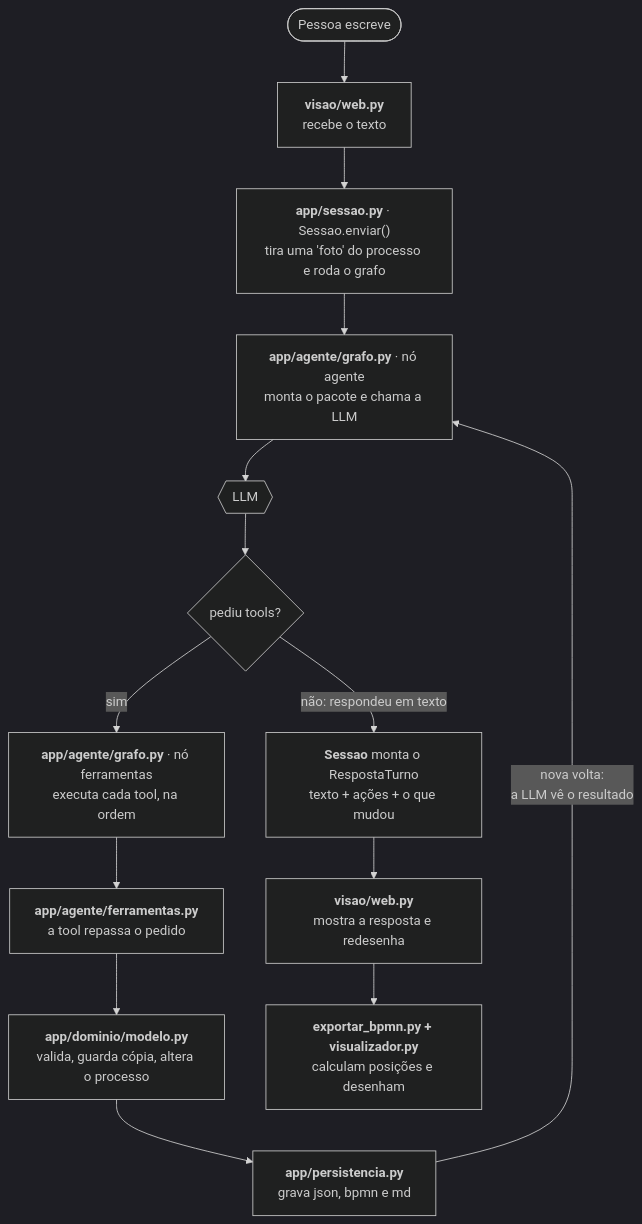
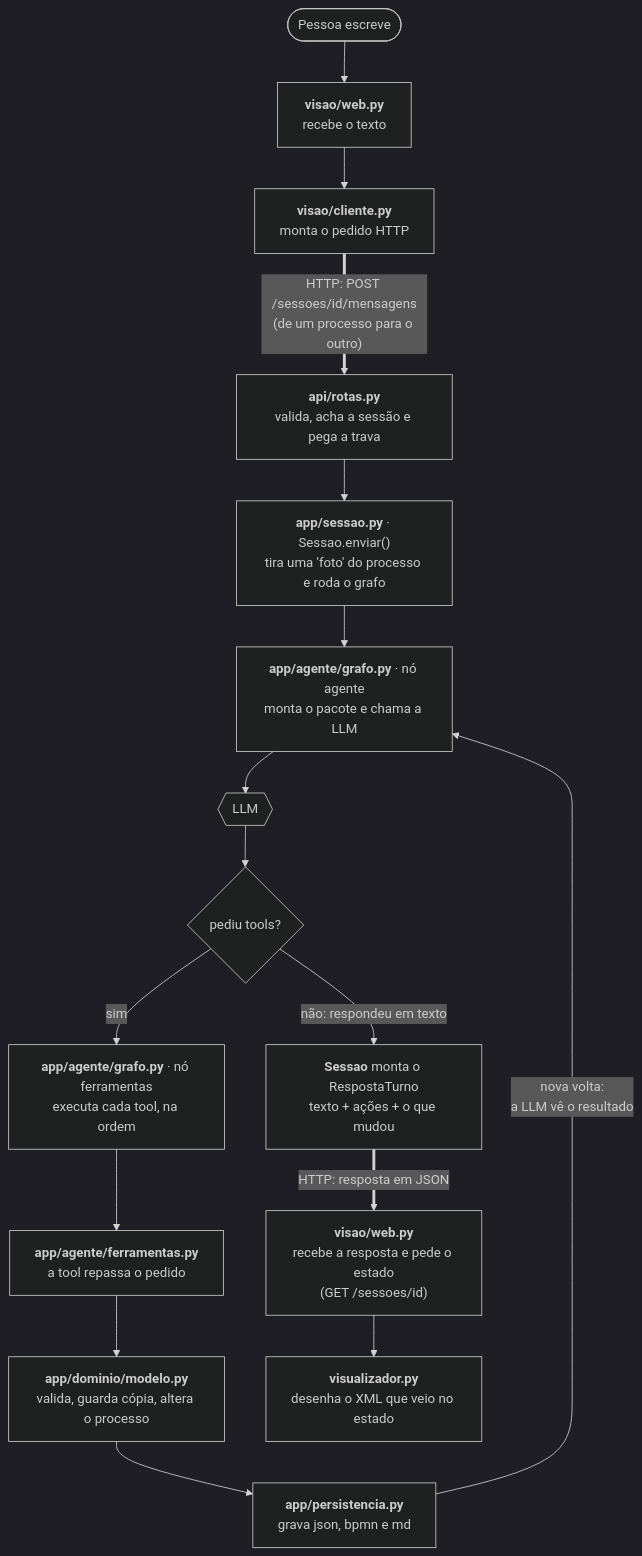
The first of 7 diagrams in PASSO_A_PASSO.md (arthurparahyba/bpmn-agent), drawn with Mermaid (dark theme) before and after one commit. The commit also changed other lines of this file and 13 other files, not shown here.

First line of the commit message:
Documenta a API HTTP e a separação visão/serviço

````diff
--- a/PASSO_A_PASSO.md
+++ b/PASSO_A_PASSO.md
@@ -31,16 +33,18 @@
 ```mermaid
 flowchart TB
     P(["Pessoa escreve"]) --> W["<b>visao/web.py</b><br/>recebe o texto"]
-    W --> S["<b>app/sessao.py</b> · Sessao.enviar()<br/>tira uma 'foto' do processo e roda o grafo"]
+    W --> C["<b>visao/cliente.py</b><br/>monta o pedido HTTP"]
+    C == "HTTP: POST /sessoes/id/mensagens<br/>(de um processo para o outro)" ==> RT["<b>api/rotas.py</b><br/>valida, acha a sessão e pega a trava"]
+    RT --> S["<b>app/sessao.py</b> · Sessao.enviar()<br/>tira uma 'foto' do processo e roda o grafo"]
     S --> A["<b>app/agente/grafo.py</b> · nó agente<br/>monta o pacote e chama a LLM"]
     A --> L{{"LLM"}}
     L --> Q{"pediu tools?"}
     Q -- "sim" --> F["<b>app/agente/grafo.py</b> · nó ferramentas<br/>executa cada tool, na ordem"]
     F --> T["<b>app/agente/ferramentas.py</b><br/>a tool repassa o pedido"]
     T --> M["<b>app/dominio/modelo.py</b><br/>valida, guarda cópia, altera o processo"]
     M --> D["<b>app/persistencia.py</b><br/>grava json, bpmn e md"]
     D -- "nova volta:<br/>a LLM vê o resultado" --> A
     Q -- "não: respondeu em texto" --> R["<b>Sessao</b> monta o RespostaTurno<br/>texto + ações + o que mudou"]
-    R --> V["<b>visao/web.py</b><br/>mostra a resposta e redesenha"]
-    V --> X["<b>exportar_bpmn.py + visualizador.py</b><br/>calculam posições e desenham"]
+    R == "HTTP: resposta em JSON" ==> V["<b>visao/web.py</b><br/>recebe a resposta e pede o estado<br/>(GET /sessoes/id)"]
+    V --> X["<b>visualizador.py</b><br/>desenha o XML que veio no estado"]
 ```
````
